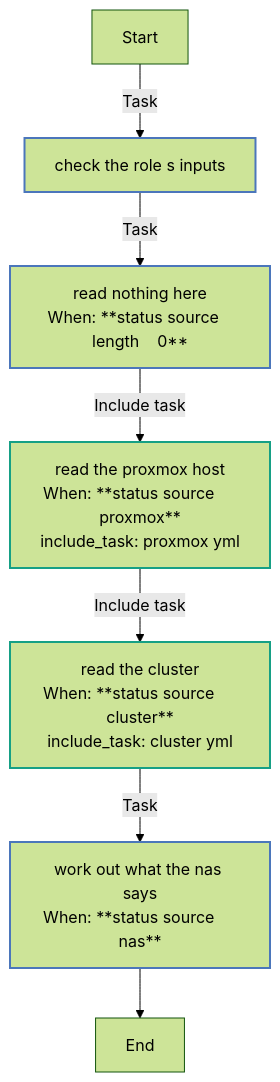
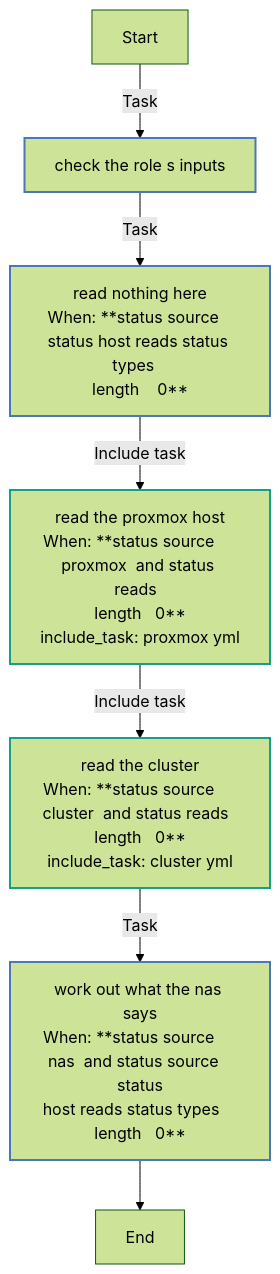
The second of 4 diagrams in roles/status/REFERENCE.md (kawadeomkar/homeserver), drawn with Mermaid (forest theme) before and after one commit. The commit also changed other lines of this file and 20 other files, not shown here.

````diff
--- a/roles/status/REFERENCE.md
+++ b/roles/status/REFERENCE.md
@@ -669,19 +669,19 @@
 ```mermaid
 flowchart TD
 Start
 classDef block stroke:#3498db,stroke-width:2px;
 classDef task stroke:#4b76bb,stroke-width:2px;
 classDef includeTasks stroke:#16a085,stroke-width:2px;
 classDef importTasks stroke:#34495e,stroke-width:2px;
 classDef includeRole stroke:#2980b9,stroke-width:2px;
 classDef importRole stroke:#699ba7,stroke-width:2px;
 classDef includeVars stroke:#8e44ad,stroke-width:2px;
 classDef rescue stroke:#665352,stroke-width:2px;
 
   Start-->|Task| Check_the_role_s_inputs0[check the role s inputs]:::task
-  Check_the_role_s_inputs0-->|Task| Read_nothing_here1[read nothing here<br>When: **status source   length    0**]:::task
-  Read_nothing_here1-->|Include task| Read_the_Proxmox_host_proxmox_yml_2[read the proxmox host<br>When: **status source     proxmox**<br>include_task: proxmox yml]:::includeTasks
-  Read_the_Proxmox_host_proxmox_yml_2-->|Include task| Read_the_cluster_cluster_yml_3[read the cluster<br>When: **status source     cluster**<br>include_task: cluster yml]:::includeTasks
-  Read_the_cluster_cluster_yml_3-->|Task| Work_out_what_the_NAS_says4[work out what the nas says<br>When: **status source     nas**]:::task
+  Check_the_role_s_inputs0-->|Task| Read_nothing_here1[read nothing here<br>When: **status source   status host reads status types   <br>length    0**]:::task
+  Read_nothing_here1-->|Include task| Read_the_Proxmox_host_proxmox_yml_2[read the proxmox host<br>When: **status source     proxmox  and status reads  <br>length   0**<br>include_task: proxmox yml]:::includeTasks
+  Read_the_Proxmox_host_proxmox_yml_2-->|Include task| Read_the_cluster_cluster_yml_3[read the cluster<br>When: **status source     cluster  and status reads  <br>length   0**<br>include_task: cluster yml]:::includeTasks
+  Read_the_cluster_cluster_yml_3-->|Task| Work_out_what_the_NAS_says4[work out what the nas says<br>When: **status source     nas  and status source   status<br>host reads status types    length   0**]:::task
   Work_out_what_the_NAS_says4-->End
 ```
````
